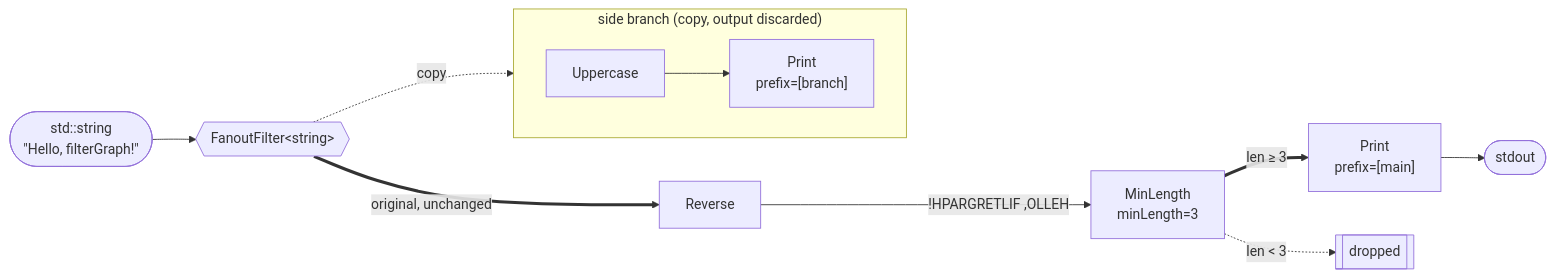
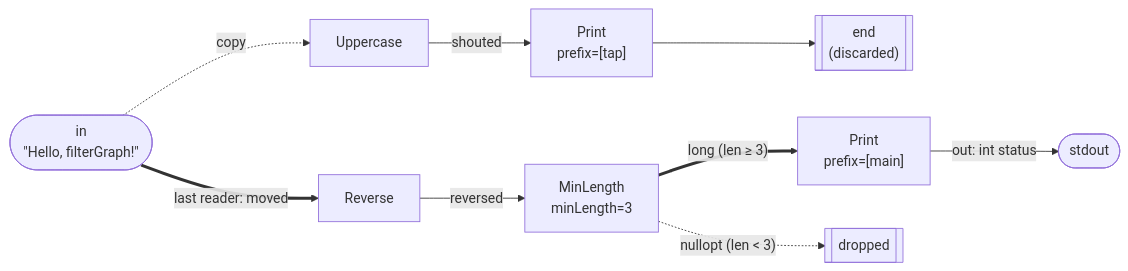
The third of 7 diagrams in EXAMPLE.md (psyinf/filterGraph), drawn with Mermaid before and after one commit. The commit also changed other lines of this file and 10 other files, not shown here.

First line of the commit message:
Make the text DSL a first-class, runnable graph description (#8)

````diff
--- a/EXAMPLE.md
+++ b/EXAMPLE.md
@@ -100,16 +128,12 @@
 ```mermaid
 flowchart LR
-    In(["std::string<br/>&quot;Hello, filterGraph!&quot;"]) --> F{{"FanoutFilter&lt;string&gt;"}}
-
-    subgraph branch ["side branch (copy, output discarded)"]
-        direction LR
-        B1["Uppercase"] --> B2["Print<br/>prefix=[branch]"]
-    end
-
-    F -. "copy" .-> B1
-    F ==>|"original, unchanged"| R["Reverse"]
-    R -->|"!HPARGRETLIF ,OLLEH"| M["MinLength<br/>minLength=3"]
-    M ==>|"len &ge; 3"| P["Print<br/>prefix=[main]"]
-    M -. "len &lt; 3" .-> Drop[["dropped"]]
-    P --> Out(["stdout"])
+    In(["in<br/>&quot;Hello, filterGraph!&quot;"])
+    In -. "copy" .-> U["Uppercase"]
+    U -->|"shouted"| PT["Print<br/>prefix=[tap]"]
+    PT --> End[["end<br/>(discarded)"]]
+    In ==>|"last reader: moved"| R["Reverse"]
+    R -->|"reversed"| M["MinLength<br/>minLength=3"]
+    M ==>|"long (len &ge; 3)"| PM["Print<br/>prefix=[main]"]
+    M -. "nullopt (len &lt; 3)" .-> Drop[["dropped"]]
+    PM -->|"out: int status"| Out(["stdout"])
 ```
````
